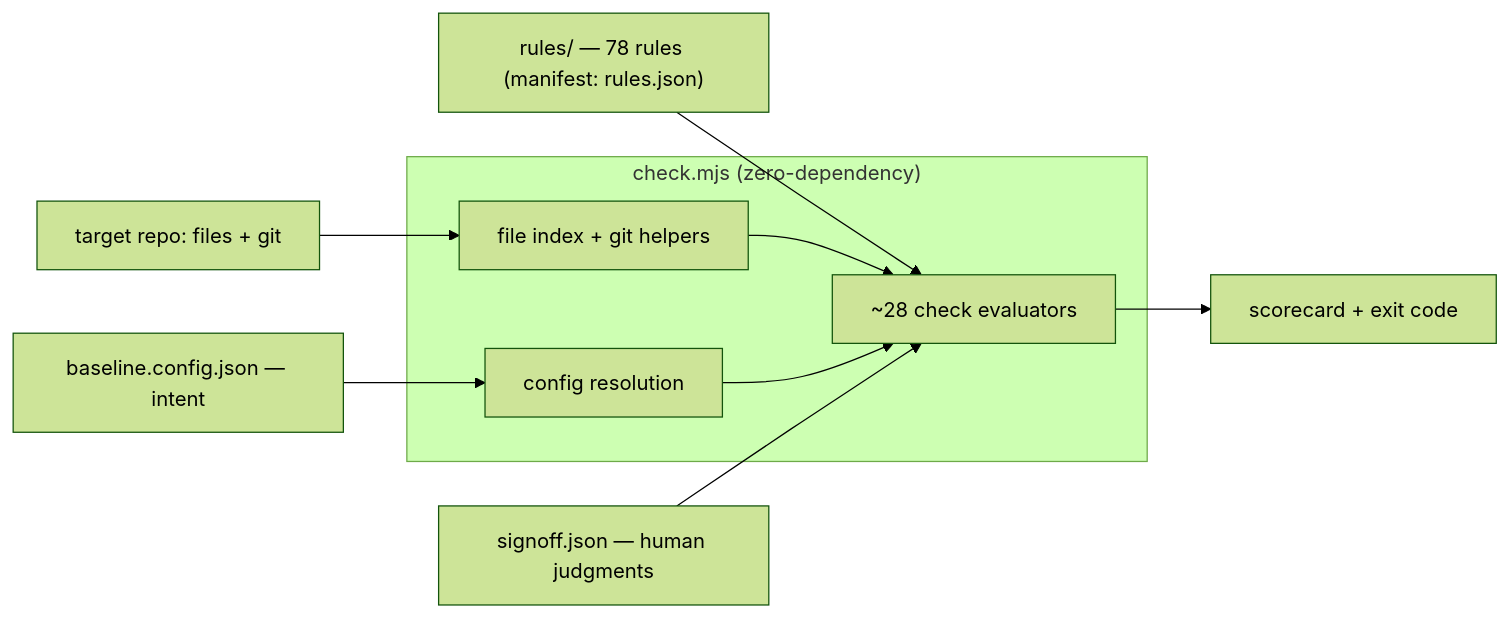
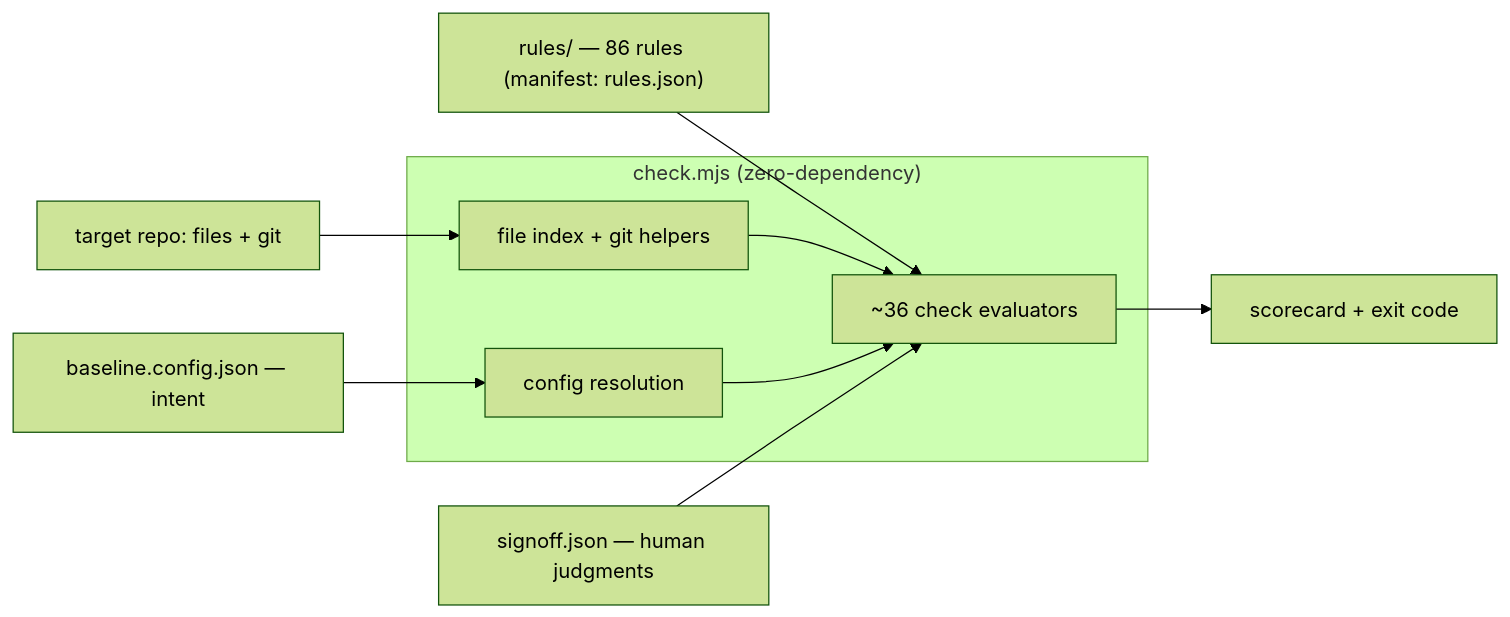
Before and after one commit to AdarGit008/baseline-demo: the first of 3 diagrams in tools/baseline/REFERENCE.md, drawn with Mermaid (forest theme). The commit also changed other lines of this file and 32 other files, not shown here.

````diff
--- a/tools/baseline/REFERENCE.md
+++ b/tools/baseline/REFERENCE.md
@@ -58,12 +58,12 @@
 ```mermaid
 flowchart LR
   CFG["baseline.config.json — intent"] --> RES
-  RULES["rules/ — 78 rules (manifest: rules.json)"] --> EVAL
+  RULES["rules/ — 86 rules (manifest: rules.json)"] --> EVAL
   REPO["target repo: files + git"] --> IDX
   subgraph ENGINE["check.mjs (zero-dependency)"]
-    IDX["file index + git helpers"] --> EVAL["~28 check evaluators"]
+    IDX["file index + git helpers"] --> EVAL["~36 check evaluators"]
     RES["config resolution"] --> EVAL
   end
   SO["signoff.json — human judgments"] --> EVAL
   EVAL --> OUT["scorecard + exit code"]
 ```
````
